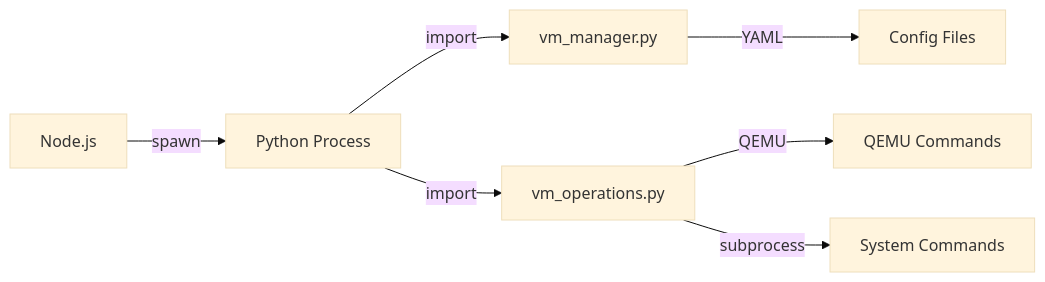
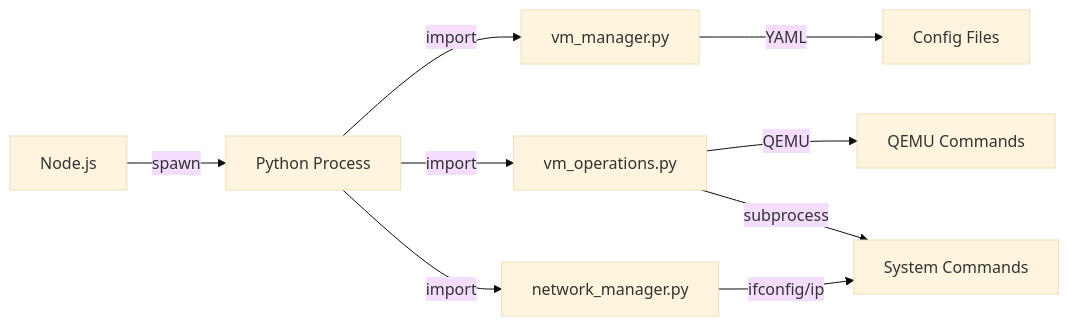
The third of 4 diagrams in docs/api.md (cayubweeums-repos/cyber_workbench), drawn with Mermaid (base theme) before and after one commit. The commit also changed other lines of this file and 12 other files, not shown here.

````diff
--- a/docs/api.md
+++ b/docs/api.md
@@ -54,9 +64,11 @@
 ```mermaid
 graph LR
     JS[Node.js] -->|spawn| Python[Python Process]
     Python -->|import| VMManager[vm_manager.py]
     Python -->|import| VMOps[vm_operations.py]
+    Python -->|import| NetMgr[network_manager.py]
     VMManager -->|YAML| Files[Config Files]
     VMOps -->|QEMU| QEMU[QEMU Commands]
     VMOps -->|subprocess| System[System Commands]
+    NetMgr -->|ifconfig/ip| System
 ```
````
